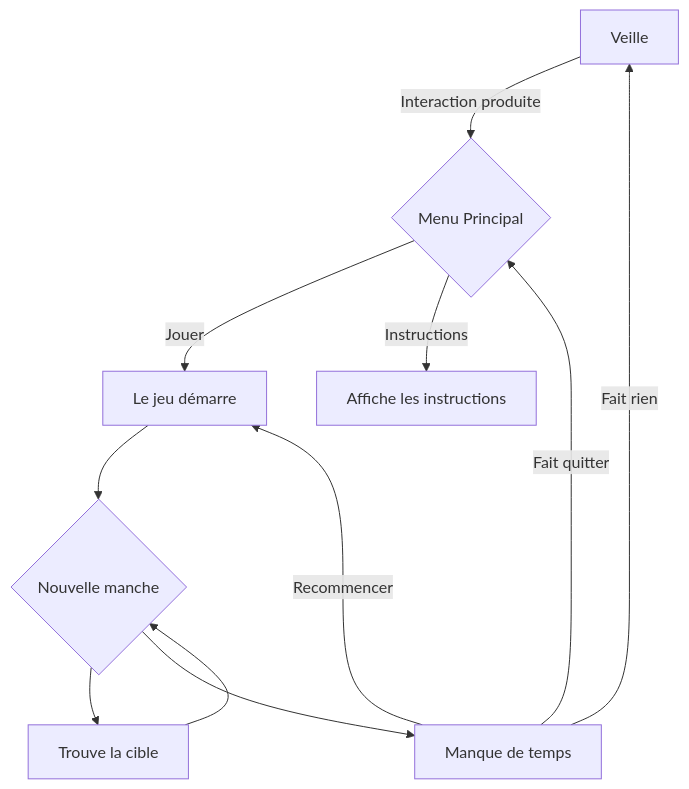
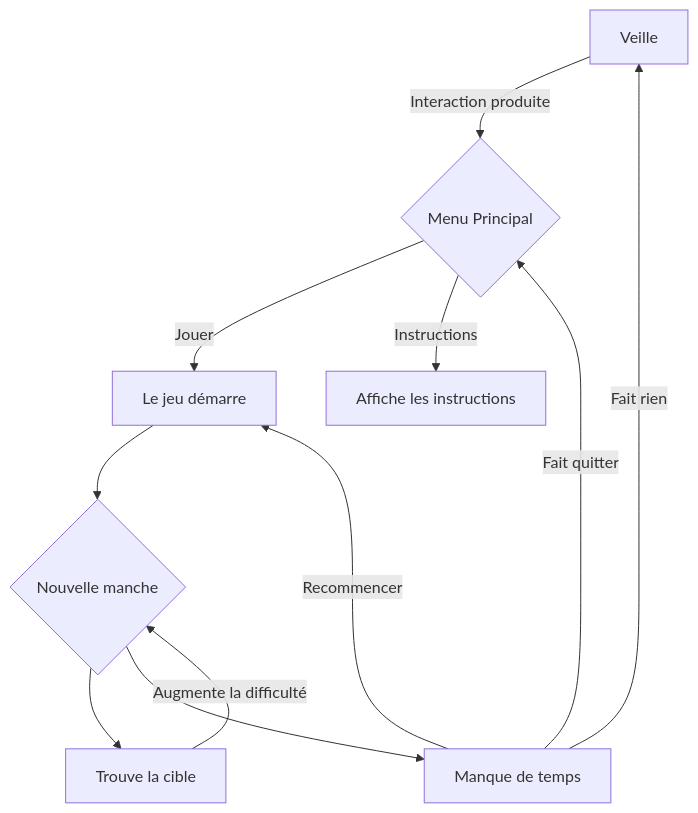
Before and after one commit to Marexillius/gestionMultimedia2: the diagram in README.md, drawn with Mermaid.

Commit message:
petit changement

````diff
--- a/README.md
+++ b/README.md
@@ -10,13 +10,13 @@
 ```mermaid
 flowchart TD
     A[Veille] -->|Interaction produite| B{Menu Principal}
     B -->|Jouer| D[Le jeu démarre]
     B -->|Instructions| E[Affiche les instructions]
     D --> F{Nouvelle manche}
     F --> G[Trouve la cible]
     F --> H[Manque de temps]
-    G --> F
+    G -->|Augmente la difficulté| F
     H -->|Fait quitter| B
     H -->|Fait rien| A
     H -->|Recommencer| D
 ```
````
